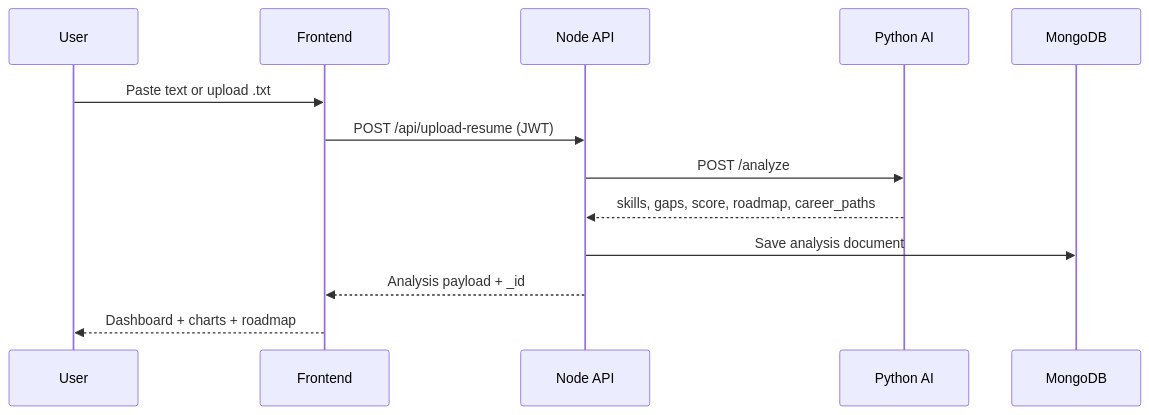
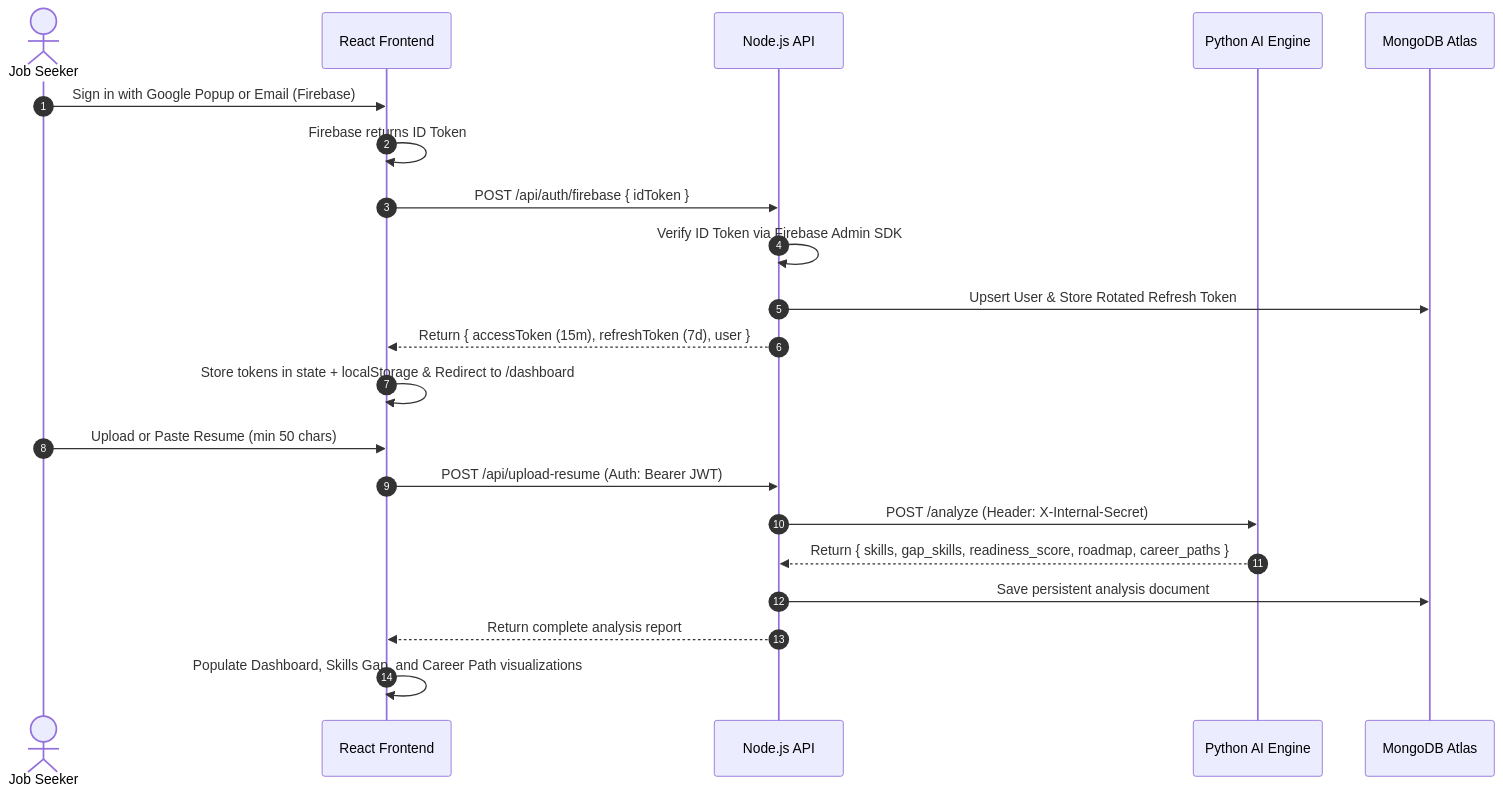
Before and after one commit to kirtan597/Futrix-Ai: the second of 2 diagrams in README.md, drawn with Mermaid. The commit also changed other lines of this file and 55 other files, not shown here.

Commit message:
feat: restore original dashboard visuals, high-reliability pure SVG charts, ATS checker & Firebase Auth

````diff
--- a/README.md
+++ b/README.md
@@ -250,16 +104,27 @@
 ```mermaid
 sequenceDiagram
-    participant U as User
-    participant FE as Frontend
-    participant API as Node API
-    participant AI as Python AI
-    participant DB as MongoDB
+    autonumber
+    actor User as Job Seeker
+    participant SPA as React Frontend
+    participant API as Node.js API
+    participant AI as Python AI Engine
+    participant DB as MongoDB Atlas
 
-    U->>FE: Paste text or upload .txt
-    FE->>API: POST /api/upload-resume (JWT)
-    API->>AI: POST /analyze
-    AI-->>API: skills, gaps, score, roadmap, career_paths
-    API->>DB: Save analysis document
-    API-->>FE: Analysis payload + _id
-    FE-->>U: Dashboard + charts + roadmap
+    %% Auth Flow
+    User->>SPA: Sign in with Google Popup or Email (Firebase)
+    SPA->>SPA: Firebase returns ID Token
+    SPA->>API: POST /api/auth/firebase { idToken }
+    API->>API: Verify ID Token via Firebase Admin SDK
+    API->>DB: Upsert User & Store Rotated Refresh Token
+    API-->>SPA: Return { accessToken (15m), refreshToken (7d), user }
+    SPA->>SPA: Store tokens in state + localStorage & Redirect to /dashboard
+
+    %% Resume Analysis Flow
+    User->>SPA: Upload or Paste Resume (min 50 chars)
+    SPA->>API: POST /api/upload-resume (Auth: Bearer JWT)
+    API->>AI: POST /analyze (Header: X-Internal-Secret)
+    AI-->>API: Return { skills, gap_skills, readiness_score, roadmap, career_paths }
+    API->>DB: Save persistent analysis document
+    API-->>SPA: Return complete analysis report
+    SPA->>SPA: Populate Dashboard, Skills Gap, and Career Path visualizations
 ```
````
